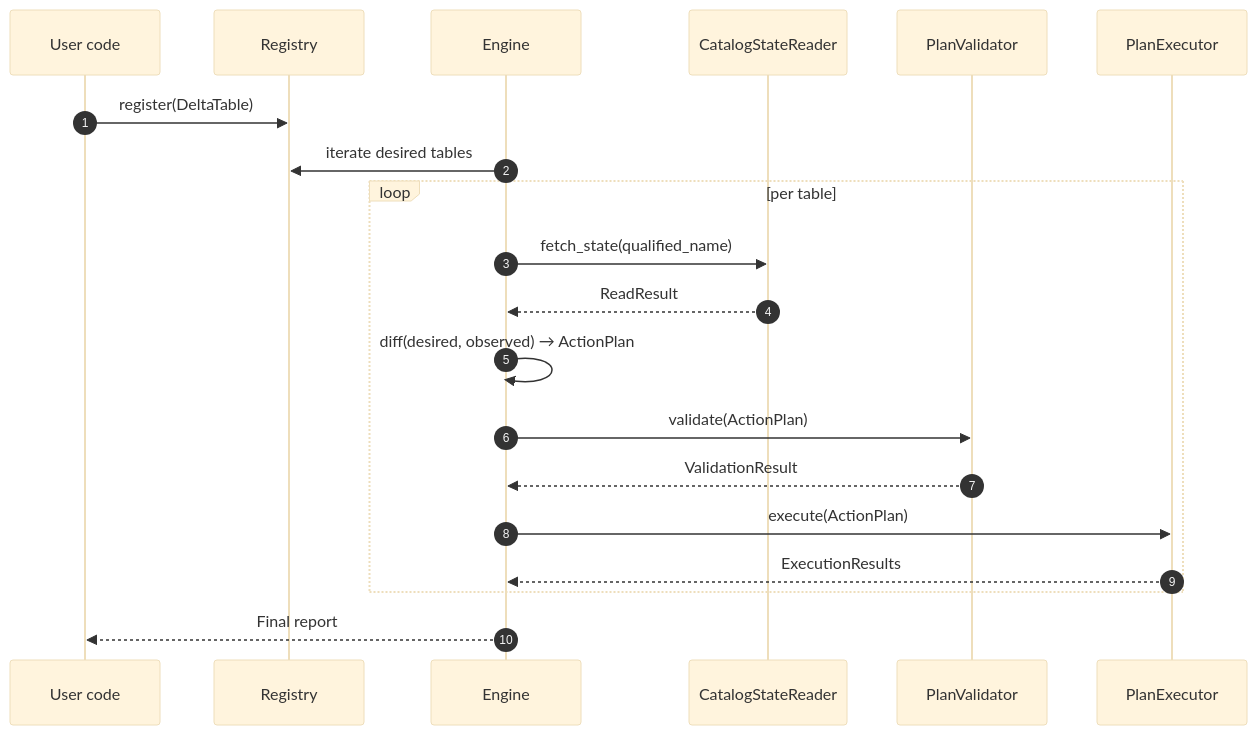
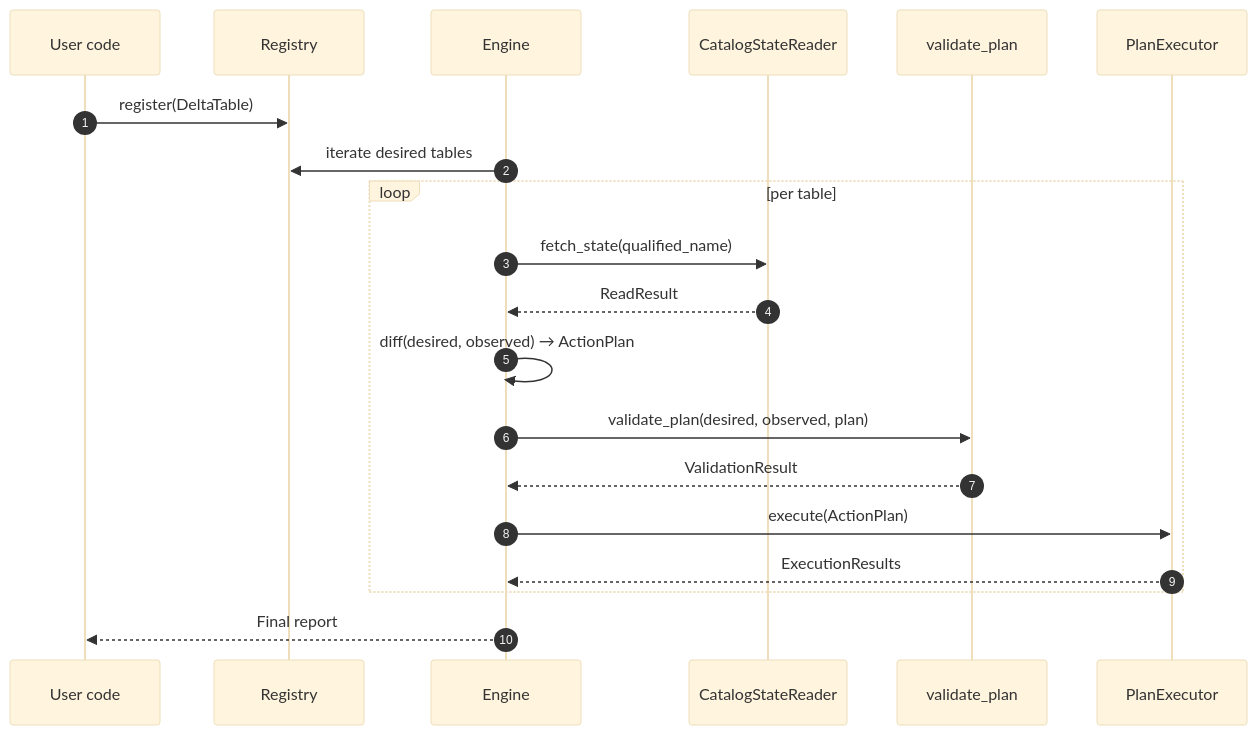
One commit to Tomoscorbin/delta-engine changed the second of 3 diagrams in docs/architecture.md. Above: the diagram before and after it, drawn with Mermaid (base theme). The commit also changed other lines of this file and 5 other files, not shown here.

First line of the commit message:
refactor: dissolve PlanValidator class into validate_plan function

````diff
--- a/docs/architecture.md
+++ b/docs/architecture.md
@@ -63,26 +65,26 @@
 ```mermaid
 sequenceDiagram
     autonumber
     participant U as User code
     participant R as Registry
     participant E as Engine
     participant CR as CatalogStateReader
-    participant V as PlanValidator
+    participant V as validate_plan
     participant X as PlanExecutor
 
     U->>R: register(DeltaTable)
     E->>R: iterate desired tables
 
     loop per table
         E->>CR: fetch_state(qualified_name)
         CR-->>E: ReadResult
         E->>E: diff(desired, observed) → ActionPlan
-        E->>V: validate(ActionPlan)
+        E->>V: validate_plan(desired, observed, plan)
         V-->>E: ValidationResult
         E->>X: execute(ActionPlan)
         X-->>E: ExecutionResults
     end
 
     E-->>U: Final report
 
 ```
````
